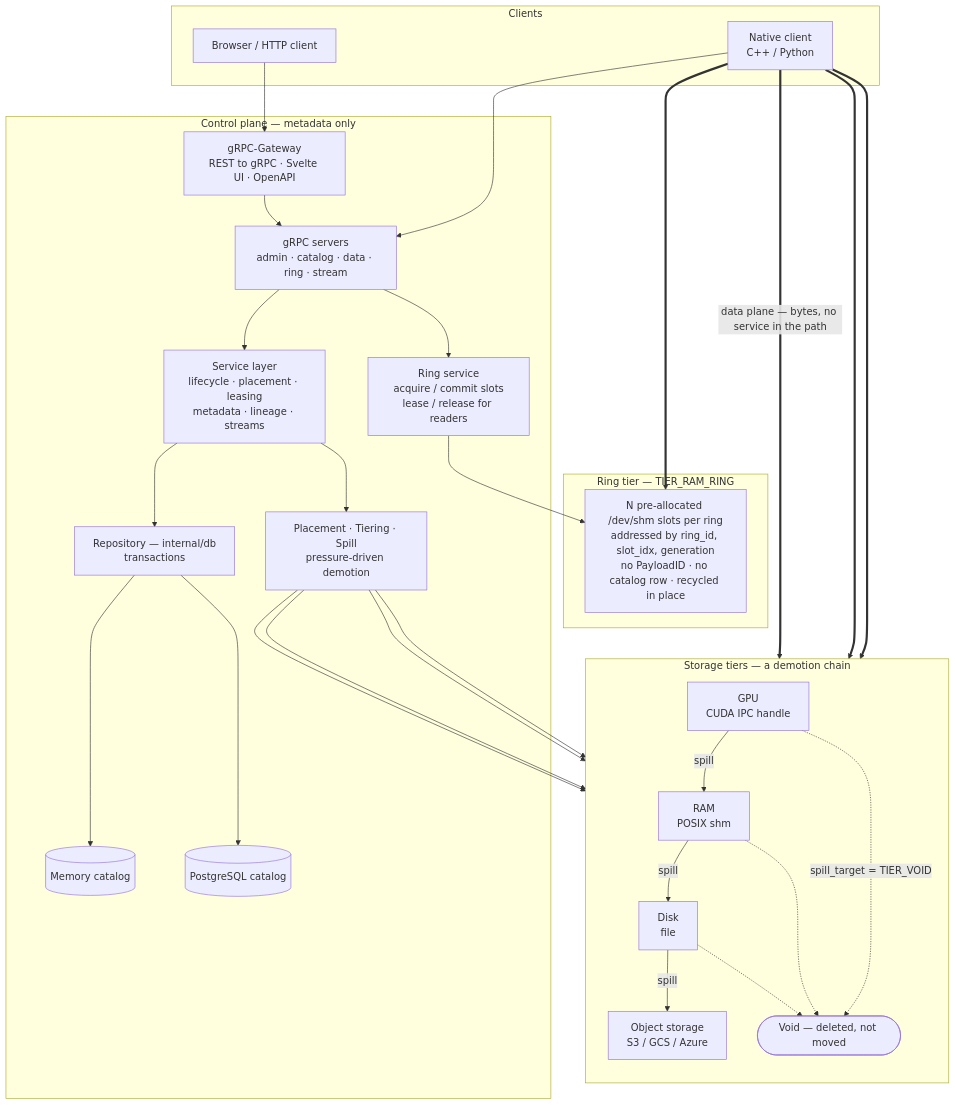
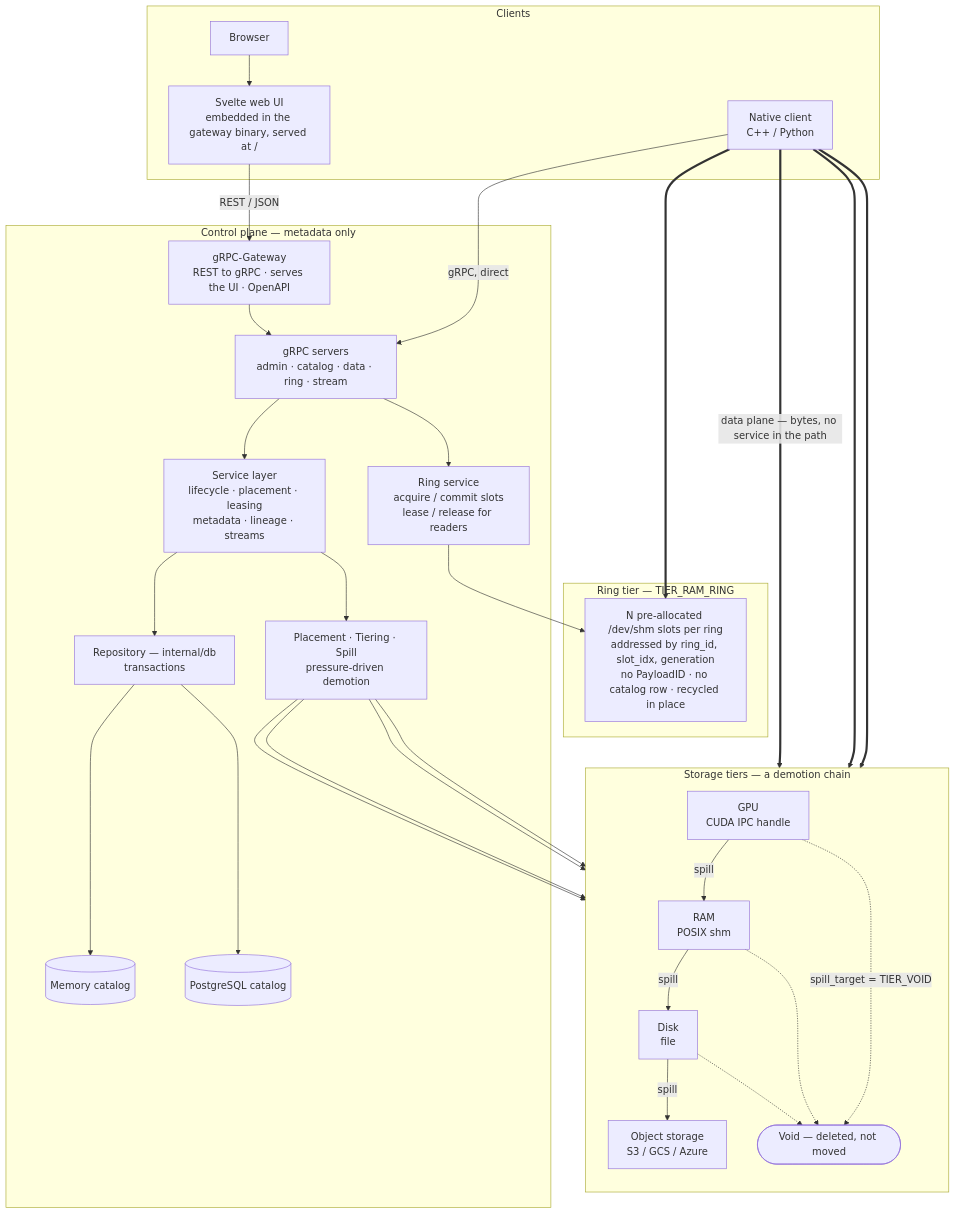
Before and after one commit to hurdad/payload-manager: the diagram in docs/ARCHITECTURE.md, drawn with Mermaid. The commit also changed other lines of this file and 2 other files, not shown here.

Commit message:
Correct the client paths in the diagram, and draw the web UI
Two errors, both reported rather than found: the diagram ran an edge from
the native client into the gRPC-Gateway, and the Svelte web UI was not on
it at all.

A native C++ or Python client speaks gRPC to the servers directly and
never touches the gateway — the gateway is the browser path. The edge now
goes straight to the gRPC servers and says so, and the gateway box no
longer spans the full width, so nothing crosses it on the way past.

The web UI is now its own node between the browser and the gateway, with
the REST/JSON hop labelled, which also makes the gateway's second job —
serving the UI it embeds — visible rather than implied.

docs/ARCHITECTURE.md's mermaid source carries the same two corrections, so
the drawn and editable forms still agree. Its prose had the same
misconception the diagram did, describing the gateway as sitting "in front
of the gRPC server" with no mention that native clients bypass it.

Claude-Session: https://claude.ai/code/session_01SVkDmn2qGtNkkvRAAbqgp5

````diff
--- a/docs/ARCHITECTURE.md
+++ b/docs/ARCHITECTURE.md
@@ -14,58 +14,61 @@
 ```mermaid
 flowchart TB
     subgraph clients["Clients"]
-        browser["Browser / HTTP client"]
+        browser["Browser"]
+        webui["Svelte web UI<br/>embedded in the gateway binary, served at /"]
         native["Native client<br/>C++ / Python"]
     end
 
     subgraph control["Control plane — metadata only"]
-        gw["gRPC-Gateway<br/>REST to gRPC · Svelte UI · OpenAPI"]
+        gw["gRPC-Gateway<br/>REST to gRPC · serves the UI · OpenAPI"]
         servers["gRPC servers<br/>admin · catalog · data · ring · stream"]
         svc["Service layer<br/>lifecycle · placement · leasing<br/>metadata · lineage · streams"]
         ringsvc["Ring service<br/>acquire / commit slots<br/>lease / release for readers"]
         repo["Repository — internal/db<br/>transactions"]
         mem[("Memory catalog")]
         pg[("PostgreSQL catalog")]
         tiering["Placement · Tiering · Spill<br/>pressure-driven demotion"]
     end
 
     subgraph tiers["Storage tiers — a demotion chain"]
         direction TB
         gpu["GPU<br/>CUDA IPC handle"]
         ram["RAM<br/>POSIX shm"]
         disk["Disk<br/>file"]
         obj["Object storage<br/>S3 / GCS / Azure"]
         gone(["Void — deleted, not moved"])
     end
 
     subgraph ring["Ring tier — TIER_RAM_RING"]
         slots["N pre-allocated /dev/shm slots per ring<br/>addressed by ring_id, slot_idx, generation<br/>no PayloadID · no catalog row · recycled in place"]
     end
 
-    browser --> gw --> servers
-    native --> servers
+    browser --> webui
+    webui -- "REST / JSON" --> gw
+    gw --> servers
+    native -- "gRPC, direct" --> servers
     servers --> svc
     servers --> ringsvc
     svc --> repo
     repo --> mem
     repo --> pg
     svc --> tiering
     ringsvc --> slots
 
     tiering --> gpu
     tiering --> ram
     tiering --> disk
     tiering --> obj
 
     gpu -- spill --> ram
     ram -- spill --> disk
     disk -- spill --> obj
     gpu -. "spill_target = TIER_VOID" .-> gone
     ram -.-> gone
     disk -.-> gone
 
     native == "data plane — bytes, no service in the path" ==> ram
     native ==> gpu
     native ==> disk
     native ==> slots
 ```
````
